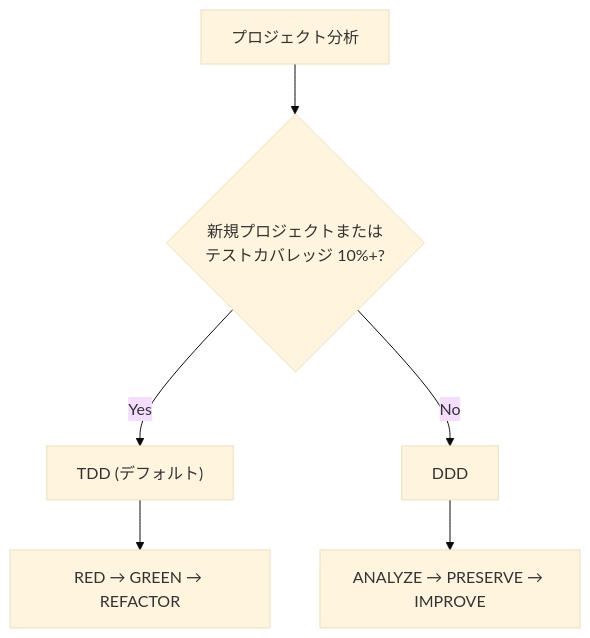
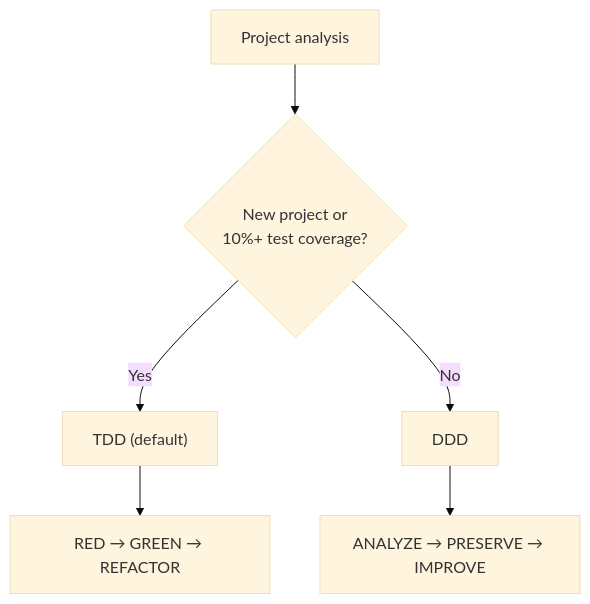
Before and after one commit to modu-ai/moai-adk: the fourth of 5 diagrams in README.ja.md, drawn with Mermaid (base theme). The commit also changed other lines of this file and 3 other files, not shown here.

````diff
--- a/README.ja.md
+++ b/README.ja.md
@@ -323,8 +377,8 @@
 ```mermaid
 flowchart TD
-    A["プロジェクト分析"] --> B{"新規プロジェクトまたは<br/>テストカバレッジ 10%+?"}
-    B -->|"Yes"| C["TDD (デフォルト)"]
+    A["Project analysis"] --> B{"New project or<br/>10%+ test coverage?"}
+    B -->|"Yes"| C["TDD (default)"]
     B -->|"No"| D["DDD"]
     C --> F["RED → GREEN → REFACTOR"]
     D --> G["ANALYZE → PRESERVE → IMPROVE"]
 ```
````
